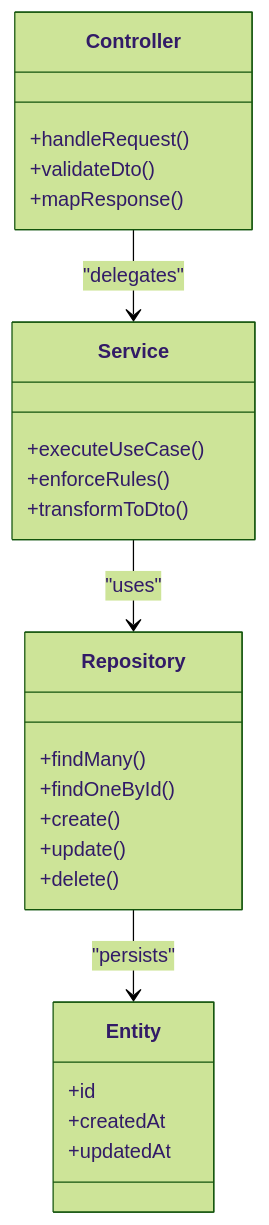
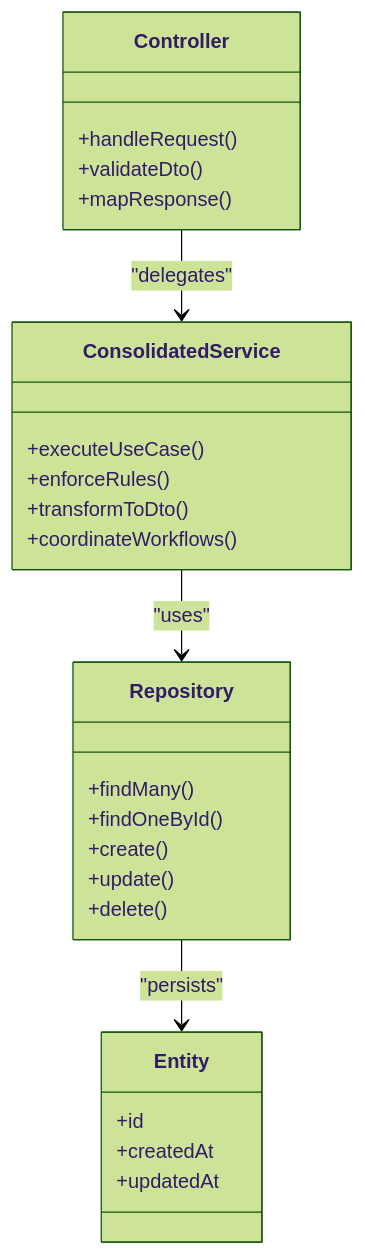
One commit to franckylab/eLISAschool changed the fourth of 5 diagrams in .qoder/repowiki/en/content/System Architecture/Backend Architecture/Layered Architecture & Components.md. Above: the diagram before and after it, drawn with Mermaid (forest theme). The commit also changed other lines of this file and 101 other files, not shown here.

First line of the commit message:
docs(architecture): document refonte de l’architecture backend et améliorations frontend

````diff
--- a/.qoder/repowiki/en/content/System Architecture/Backend Architecture/Layered Architecture & Components.md
+++ b/.qoder/repowiki/en/content/System Architecture/Backend Architecture/Layered Architecture & Components.md
@@ -208,28 +253,29 @@
 ```mermaid
 classDiagram
 class Controller {
 +handleRequest()
 +validateDto()
 +mapResponse()
 }
-class Service {
+class ConsolidatedService {
 +executeUseCase()
 +enforceRules()
 +transformToDto()
++coordinateWorkflows()
 }
 class Repository {
 +findMany()
 +findOneById()
 +create()
 +update()
 +delete()
 }
 class Entity {
 +id
 +createdAt
 +updatedAt
 }
-Controller --> Service : "delegates"
-Service --> Repository : "uses"
+Controller --> ConsolidatedService : "delegates"
+ConsolidatedService --> Repository : "uses"
 Repository --> Entity : "persists"
 ```
````
